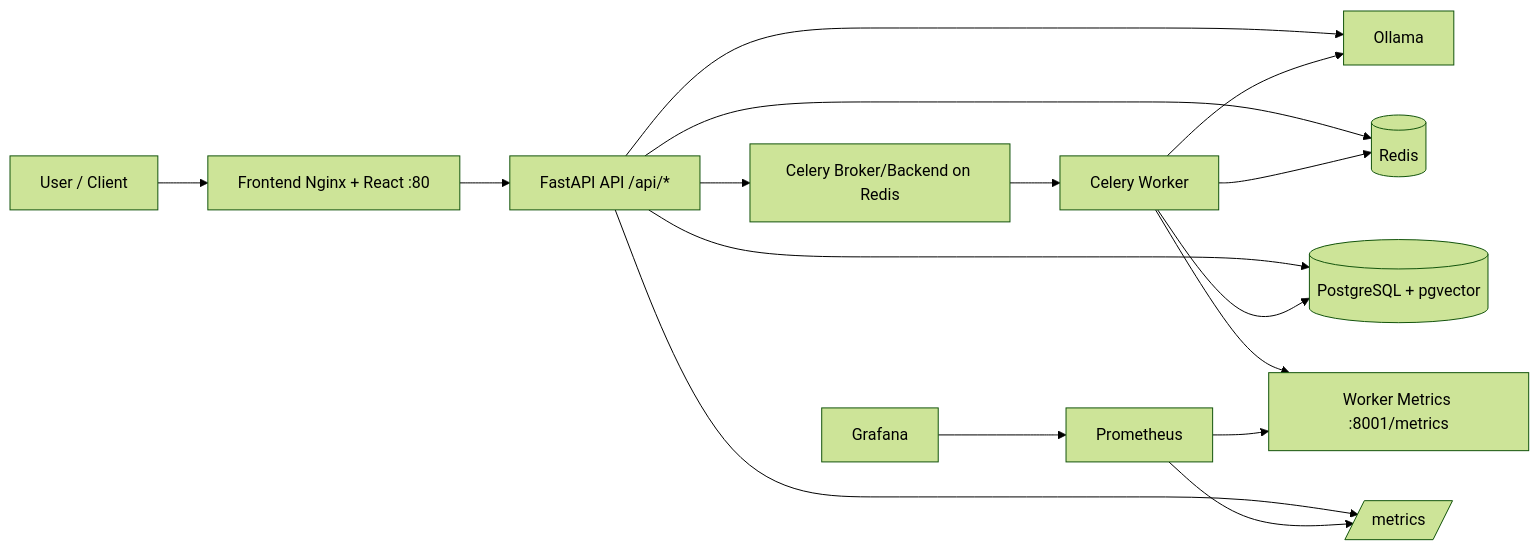
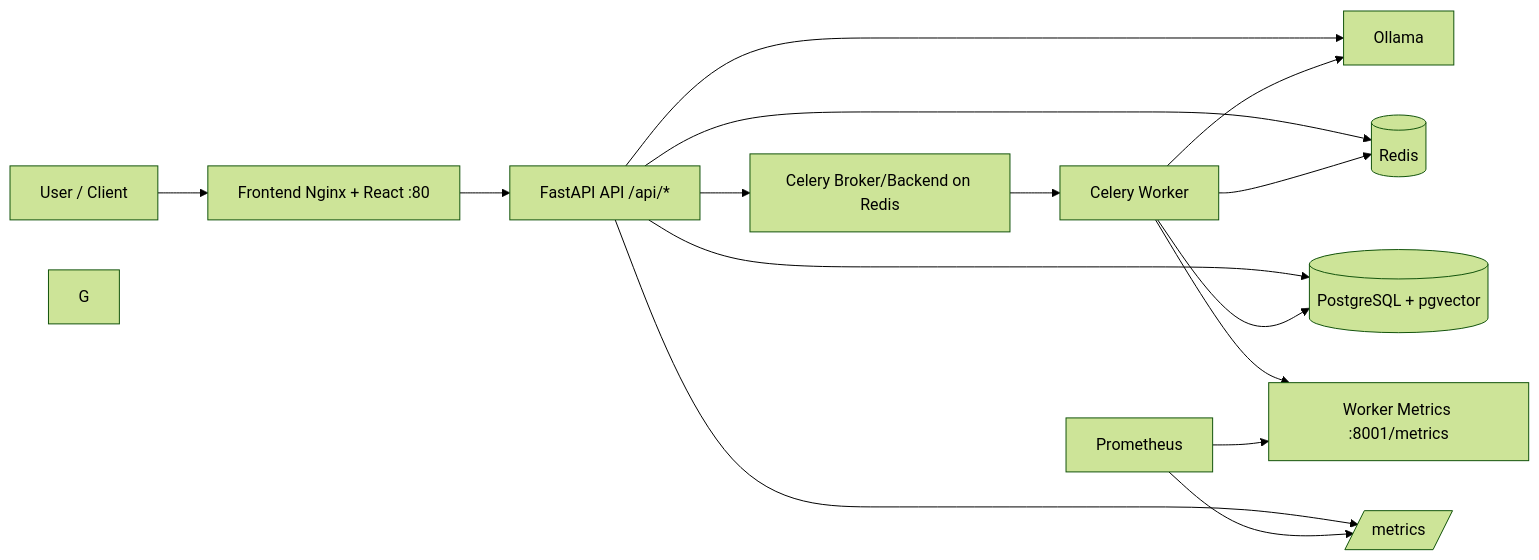
The first of 2 diagrams in README.md (Abdullah-0-3/llm-deployment), drawn with Mermaid (forest theme) before and after one commit. The commit also changed other lines of this file, not shown here.

Commit message:
docs: Update README with detailed architecture and request flow diagrams

````diff
--- a/README.md
+++ b/README.md
@@ -146,22 +15,22 @@
 ```mermaid
 flowchart LR
   U[User / Client] --> F[Frontend Nginx + React :80]
 
   F --> A[FastAPI API /api/*]
     A --> O[Ollama]
     A --> R[(Redis)]
     A --> P[(PostgreSQL + pgvector)]
     A --> C[Celery Broker/Backend on Redis]
 
     C --> W[Celery Worker]
     W --> O
     W --> P
     W --> R
 
     A --> M1[/metrics/]
     W --> M2[Worker Metrics :8001/metrics]
 
     PR[Prometheus] --> M1
     PR --> M2
-    G[Grafana] --> PR
+    G
 ```
````
